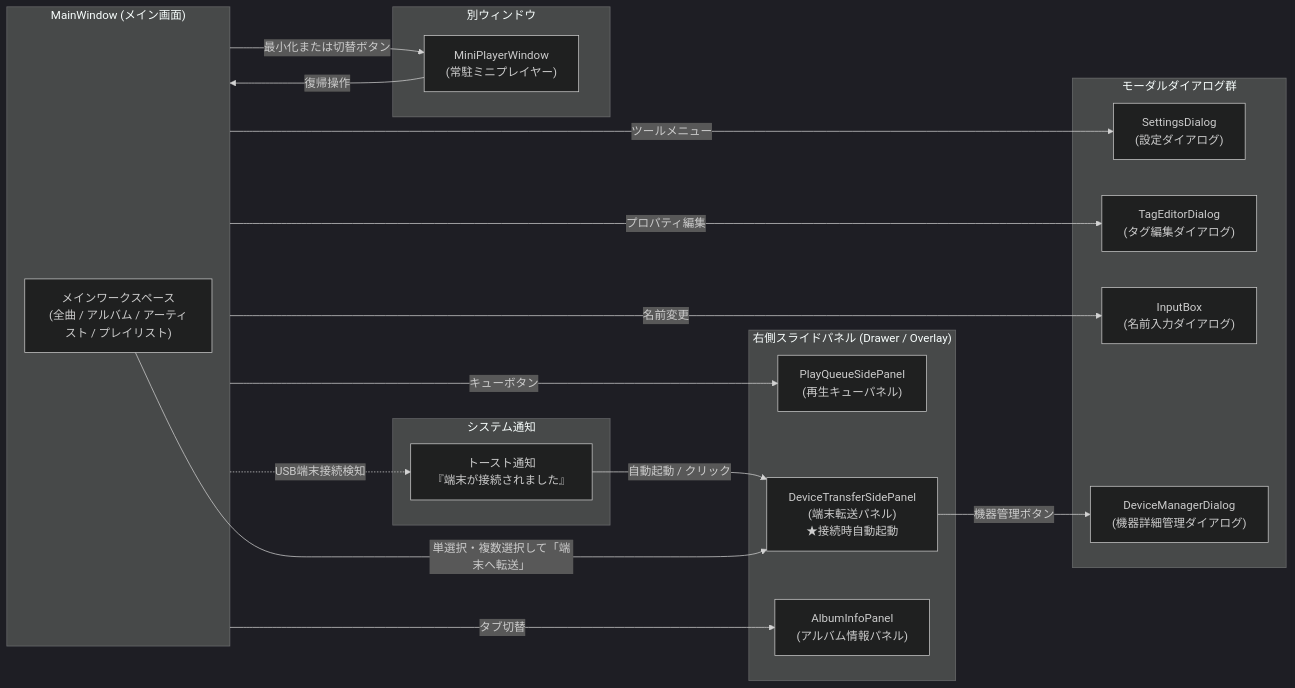
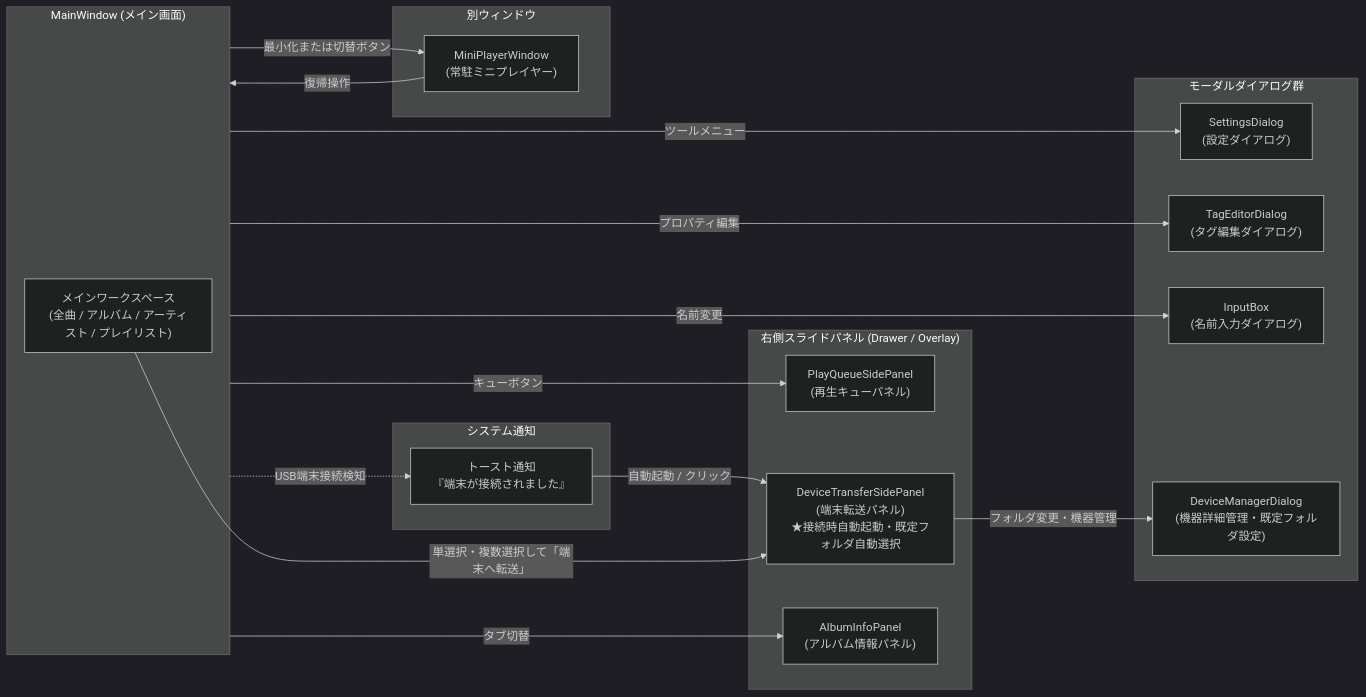
The second of 2 diagrams in 設計/画面設計/画面遷移・ナビゲーション設計書.md (taketonnbo/Audio_Effector), drawn with Mermaid (dark theme) before and after one commit. The commit also changed other lines of this file and 3 other files, not shown here.

````diff
--- a/設計/画面設計/画面遷移・ナビゲーション設計書.md
+++ b/設計/画面設計/画面遷移・ナビゲーション設計書.md
@@ -129,48 +133,48 @@
 ```mermaid
 flowchart LR
     subgraph MainWindow["MainWindow (メイン画面)"]
         MainWorkspace["メインワークスペース<br>(全曲 / アルバム / アーティスト / プレイリスト)"]
     end
 
     subgraph RightPanels["右側スライドパネル (Drawer / Overlay)"]
         QueuePanel["PlayQueueSidePanel<br>(再生キューパネル)"]
-        DevicePanel["DeviceTransferSidePanel<br>(端末転送パネル)<br>★接続時自動起動"]
+        DevicePanel["DeviceTransferSidePanel<br>(端末転送パネル)<br>★接続時自動起動・既定フォルダ自動選択"]
         InfoPanel["AlbumInfoPanel<br>(アルバム情報パネル)"]
     end
 
     subgraph Notifications["システム通知"]
         DeviceToast["トースト通知<br>『端末が接続されました』"]
     end
 
     subgraph Modals["モーダルダイアログ群"]
         DlgSettings["SettingsDialog<br>(設定ダイアログ)"]
         DlgTagEditor["TagEditorDialog<br>(タグ編集ダイアログ)"]
         DlgInputBox["InputBox<br>(名前入力ダイアログ)"]
-        DlgDeviceMgr["DeviceManagerDialog<br>(機器詳細管理ダイアログ)"]
+        DlgDeviceMgr["DeviceManagerDialog<br>(機器詳細管理・既定フォルダ設定)"]
     end
 
     subgraph SeparateWindows["別ウィンドウ"]
         MiniPlayer["MiniPlayerWindow<br>(常駐ミニプレイヤー)"]
     end
 
     %% 端末接続イベント
     MainWindow -.->|USB端末接続検知| DeviceToast
     DeviceToast -->|自動起動 / クリック| DevicePanel
 
     %% 楽曲転送投入 (単選択・複数選択)
     MainWorkspace -->|単選択・複数選択して「端末へ転送」| DevicePanel
 
     %% オーバーレイ開閉
     MainWindow -->|キューボタン| QueuePanel
     MainWindow -->|タブ切替| InfoPanel
 
     %% ダイアログ起動
     MainWindow -->|ツールメニュー| DlgSettings
     MainWindow -->|プロパティ編集| DlgTagEditor
     MainWindow -->|名前変更| DlgInputBox
-    DevicePanel -->|機器管理ボタン| DlgDeviceMgr
+    DevicePanel -->|フォルダ変更・機器管理| DlgDeviceMgr
 
     %% ミニプレイヤー
     MainWindow -->|最小化または切替ボタン| MiniPlayer
     MiniPlayer -->|復帰操作| MainWindow
 ```
````
